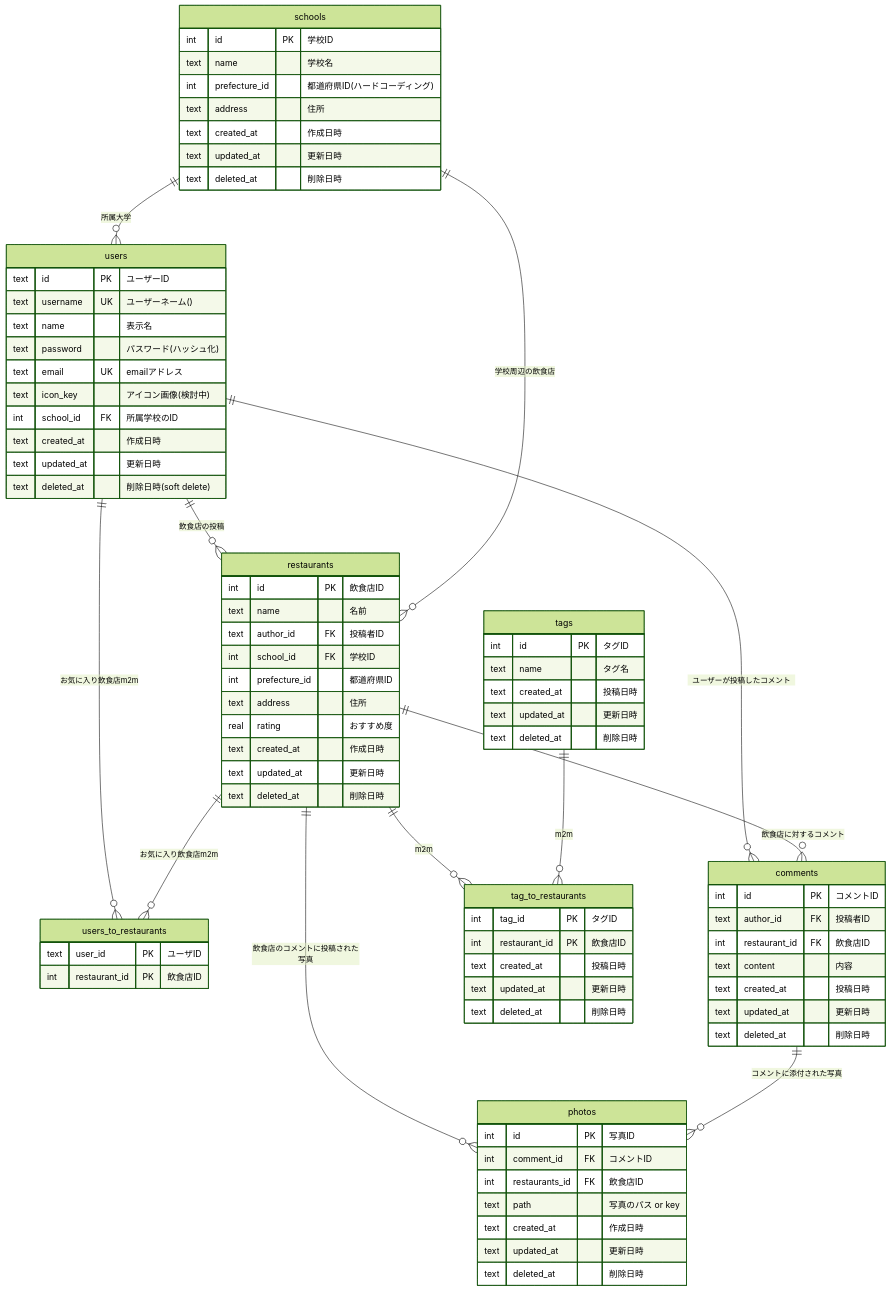
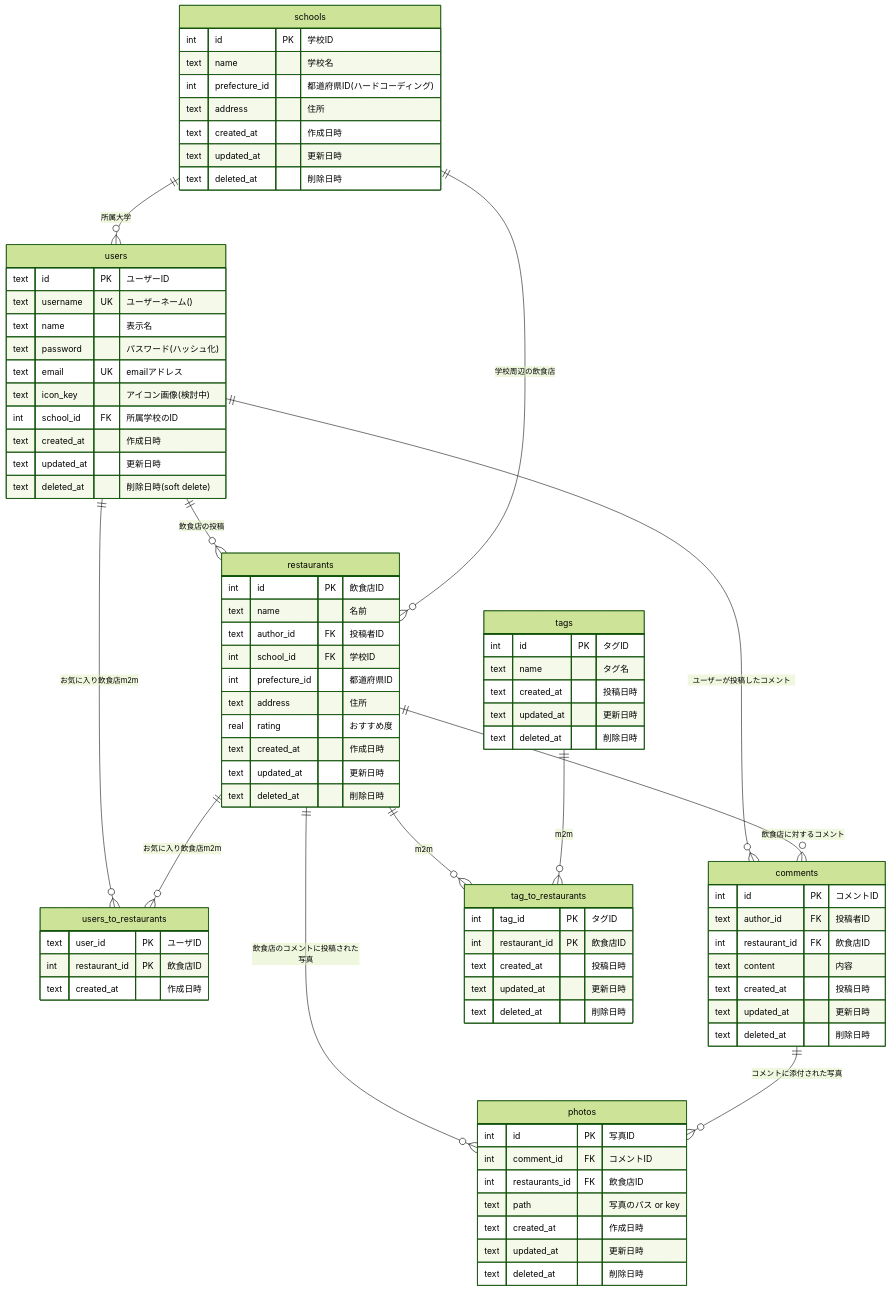
One commit to Daaaai0809/youniplaza changed the diagram in docs/ER.md. Above: the diagram before and after it, drawn with Mermaid (forest theme). The commit also changed other lines of this file and 5 other files, not shown here.

```diff
--- a/docs/ER.md
+++ b/docs/ER.md
@@ -29,6 +29,7 @@
 users_to_restaurants {
     text user_id PK "ユーザID"
     int restaurant_id PK "飲食店ID"
+    text created_at "作成日時"
 }
 
 restaurants {
```
